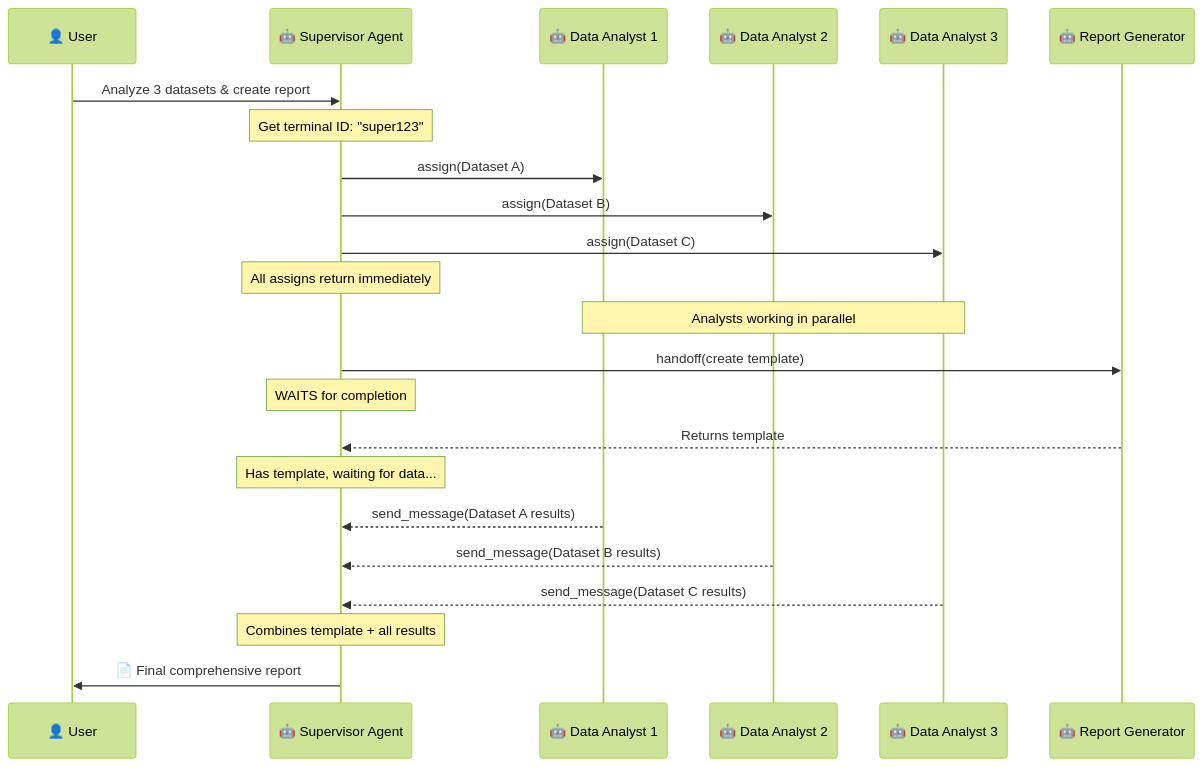
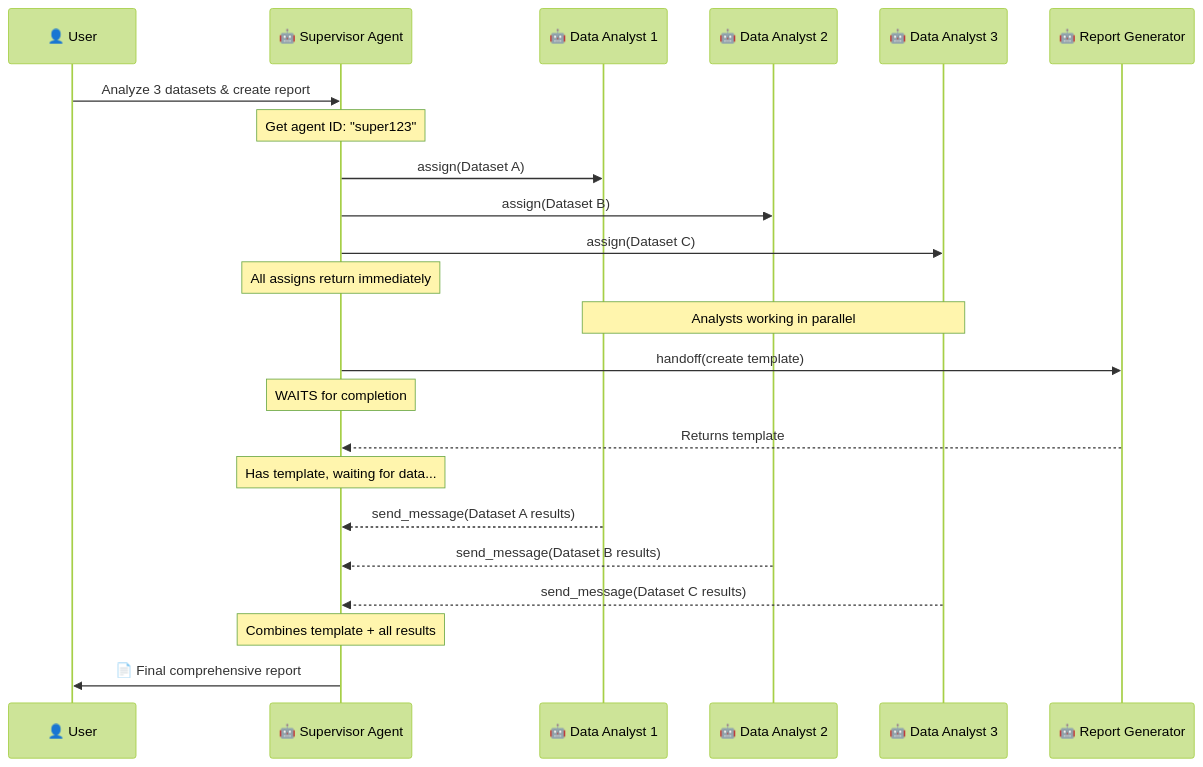
Before and after one commit to mercuito/cli-agent-orchestrator: the second of 2 diagrams in examples/assign/README.md, drawn with Mermaid (forest theme). The commit also changed other lines of this file and 53 other files, not shown here.

````diff
--- a/examples/assign/README.md
+++ b/examples/assign/README.md
@@ -249,34 +249,34 @@
 ```mermaid
 sequenceDiagram
     participant User as 👤 User
     participant Supervisor as 🤖 Supervisor Agent
     participant DA1 as 🤖 Data Analyst 1
     participant DA2 as 🤖 Data Analyst 2
     participant DA3 as 🤖 Data Analyst 3
     participant ReportGen as 🤖 Report Generator
 
     User->>Supervisor: Analyze 3 datasets & create report
     
-    Note over Supervisor: Get terminal ID: "super123"
+    Note over Supervisor: Get agent ID: "super123"
     
     Supervisor->>DA1: assign(Dataset A)
     Supervisor->>DA2: assign(Dataset B)
     Supervisor->>DA3: assign(Dataset C)
     
     Note over Supervisor: All assigns return immediately
     Note over DA1,DA3: Analysts working in parallel
     
     Supervisor->>ReportGen: handoff(create template)
     Note over Supervisor: WAITS for completion
     ReportGen-->>Supervisor: Returns template
     
     Note over Supervisor: Has template, waiting for data...
     
     DA1-->>Supervisor: send_message(Dataset A results)
     DA2-->>Supervisor: send_message(Dataset B results)
     DA3-->>Supervisor: send_message(Dataset C results)
     
     Note over Supervisor: Combines template + all results
     
     Supervisor->>User: 📄 Final comprehensive report
 ```
````
